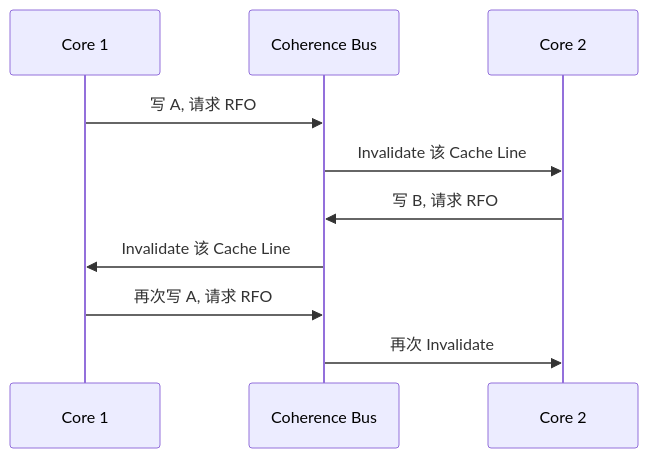
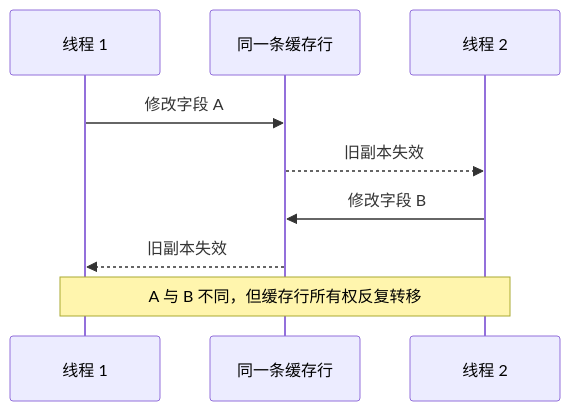
One commit to xizheyin/hft-book-rs changed the fourth of 4 diagrams in books/rust-hft/src/foundations/memory_layout.md. Above: the diagram before and after it, drawn with Mermaid. The commit also changed other lines of this file and 207 other files, not shown here.

````diff
--- a/books/rust-hft/src/foundations/memory_layout.md
+++ b/books/rust-hft/src/foundations/memory_layout.md
@@ -55,12 +168,11 @@
 ```mermaid
 sequenceDiagram
-    participant C1 as Core 1
-    participant Bus as Coherence Bus
-    participant C2 as Core 2
-    C1->>Bus: 写 A, 请求 RFO
-    Bus->>C2: Invalidate 该 Cache Line
-    C2->>Bus: 写 B, 请求 RFO
-    Bus->>C1: Invalidate 该 Cache Line
-    C1->>Bus: 再次写 A, 请求 RFO
-    Bus->>C2: 再次 Invalidate
+    participant T1 as 线程 1
+    participant L as 同一条缓存行
+    participant T2 as 线程 2
+    T1->>L: 修改字段 A
+    L-->>T2: 旧副本失效
+    T2->>L: 修改字段 B
+    L-->>T1: 旧副本失效
+    Note over T1,T2: A 与 B 不同，但缓存行所有权反复转移
 ```
````
